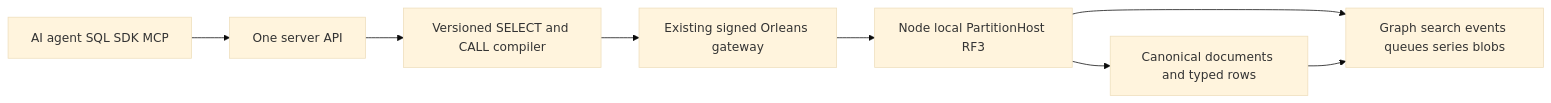
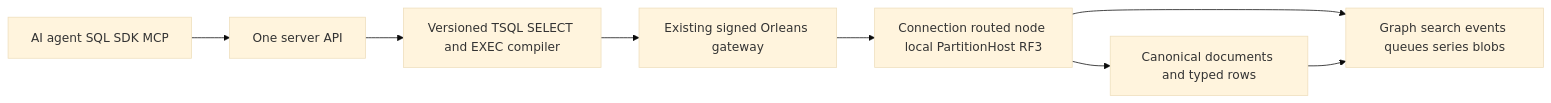
The fourth of 44 diagrams in docs/Architecture.md (managedcode/KeyLoad), drawn with Mermaid (base theme) before and after one commit. The commit also changed other lines of this file and 106 other files, not shown here.

First line of the commit message:
Implement caller-identified CREATE TABLE and multi-block flows

````diff
--- a/docs/Architecture.md
+++ b/docs/Architecture.md
@@ -98,10 +106,10 @@
 ```mermaid
 flowchart LR
     Agent[AI agent SQL SDK MCP] --> Server[One server API]
-    Server --> SQL[Versioned SELECT and CALL compiler]
+    Server --> SQL[Versioned TSQL SELECT and EXEC compiler]
     SQL --> Gateway[Existing signed Orleans gateway]
-    Gateway --> Host[Node local PartitionHost RF3]
+    Gateway --> Host[Connection routed node local PartitionHost RF3]
     Host --> Entity[Canonical documents and typed rows]
     Host --> Models[Graph search events queues series blobs]
     Entity --> Models
 ```
````
